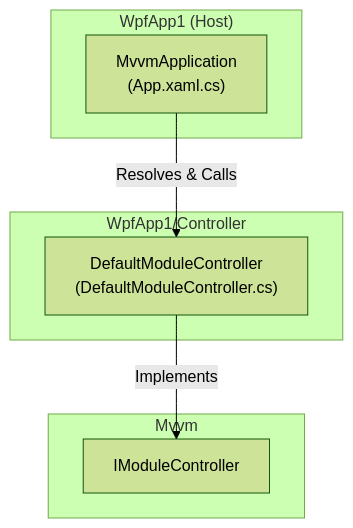
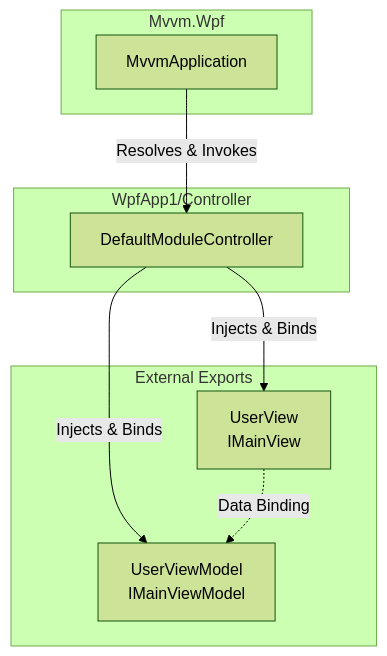
The diagram in doc/WpfApp1/Controller.md (wetzlmaier-scch/mvvm), drawn with Mermaid (forest theme) before and after one commit. The commit also changed other lines of this file and 111 other files, not shown here.

````diff
--- a/doc/WpfApp1/Controller.md
+++ b/doc/WpfApp1/Controller.md
@@ -13,17 +21,20 @@
 ```mermaid
 flowchart TD
-    subgraph "WpfApp1/Controller"
-        DMC["DefaultModuleController<br/>(DefaultModuleController.cs)"]
-    end
-    
-    subgraph "Mvvm"
-        IModCtrl["IModuleController"]
-    end
-    
-    subgraph "WpfApp1 (Host)"
-        MvvmApp["MvvmApplication<br/>(App.xaml.cs)"]
+    subgraph "Mvvm.Wpf"
+        MvvmApp[MvvmApplication]
     end
 
-    MvvmApp -->|Resolves & Calls| DMC
-    DMC -->|Implements| IModCtrl
+    subgraph "WpfApp1/Controller"
+        DMC[DefaultModuleController]
+    end
+
+    subgraph "External Exports"
+        View[UserView<br/>IMainView]
+        VM[UserViewModel<br/>IMainViewModel]
+    end
+
+    MvvmApp -->|Resolves & Invokes| DMC
+    DMC -->|Injects & Binds| View
+    DMC -->|Injects & Binds| VM
+    View -.->|Data Binding| VM
 ```
````
